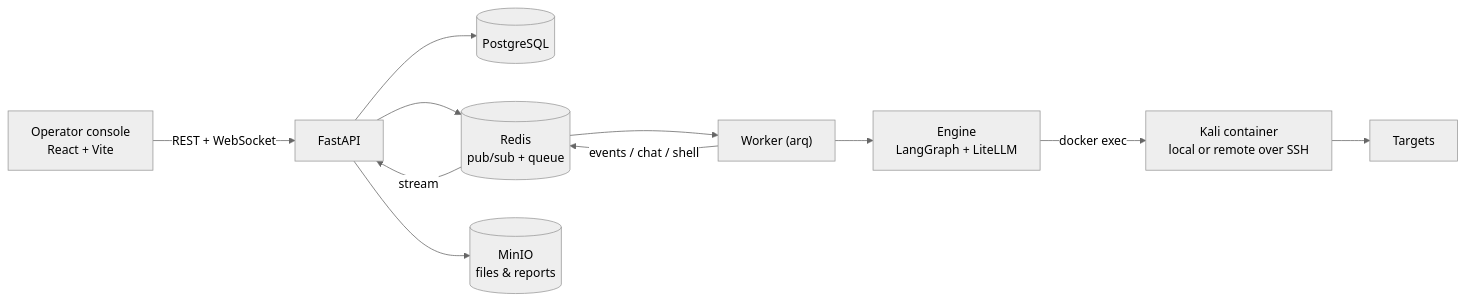
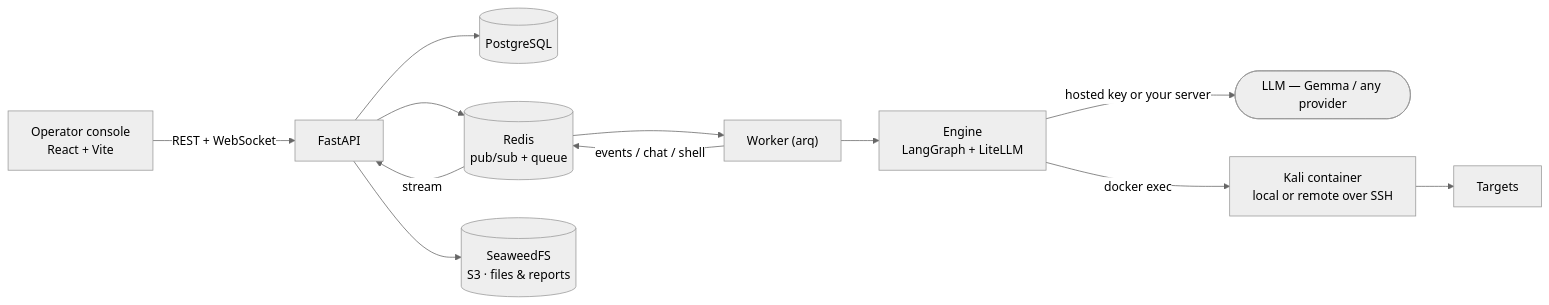
One commit to NullClassifier/nocturne changed the diagram in README.md. Above: the diagram before and after it, drawn with Mermaid (neutral theme). The commit also changed other lines of this file and 3 other files, not shown here.

````diff
--- a/README.md
+++ b/README.md
@@ -48,13 +69,14 @@
 ```mermaid
 flowchart LR
   UI["Operator console<br/>React + Vite"] -->|REST + WebSocket| API["FastAPI"]
-  API --> PG[(PostgreSQL)]
-  API --> RS[(Redis<br/>pub/sub + queue)]
-  API --> S3[(MinIO<br/>files & reports)]
+  API --> PG[("PostgreSQL")]
+  API --> RS[("Redis<br/>pub/sub + queue")]
+  API --> S3[("SeaweedFS<br/>S3 · files & reports")]
   RS --> W["Worker (arq)"]
   W --> ENG["Engine<br/>LangGraph + LiteLLM"]
+  ENG -->|hosted key or your server| LLM(["LLM — Gemma / any provider"])
   ENG -->|docker exec| KALI["Kali container<br/>local or remote over SSH"]
   KALI --> TGT["Targets"]
   W -->|events / chat / shell| RS
   RS -->|stream| API
 ```
````
